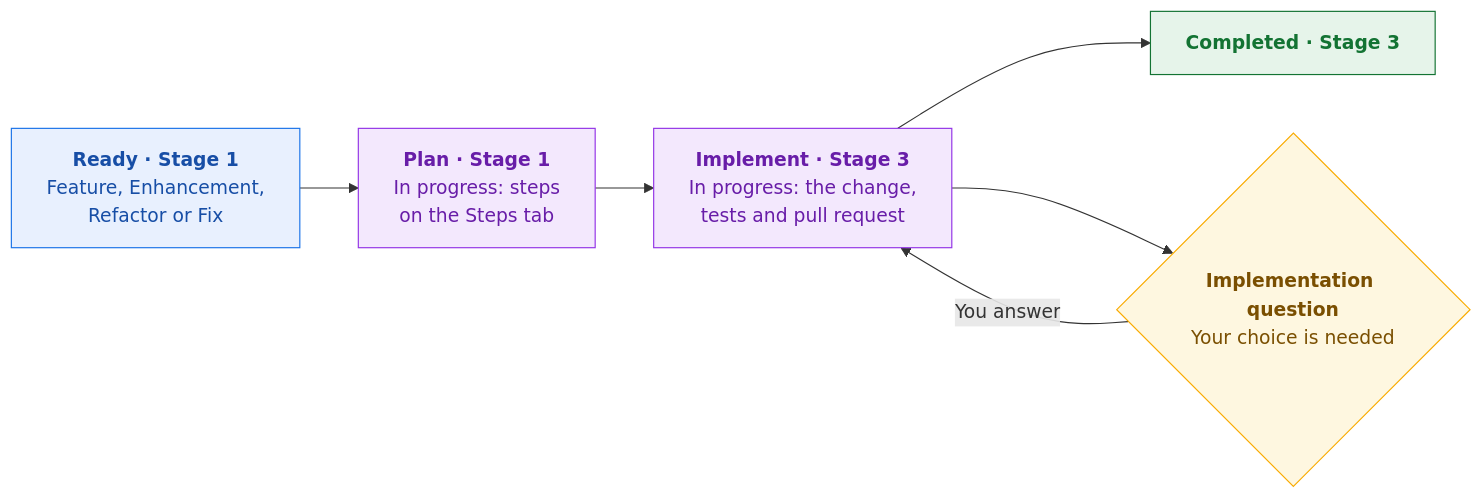
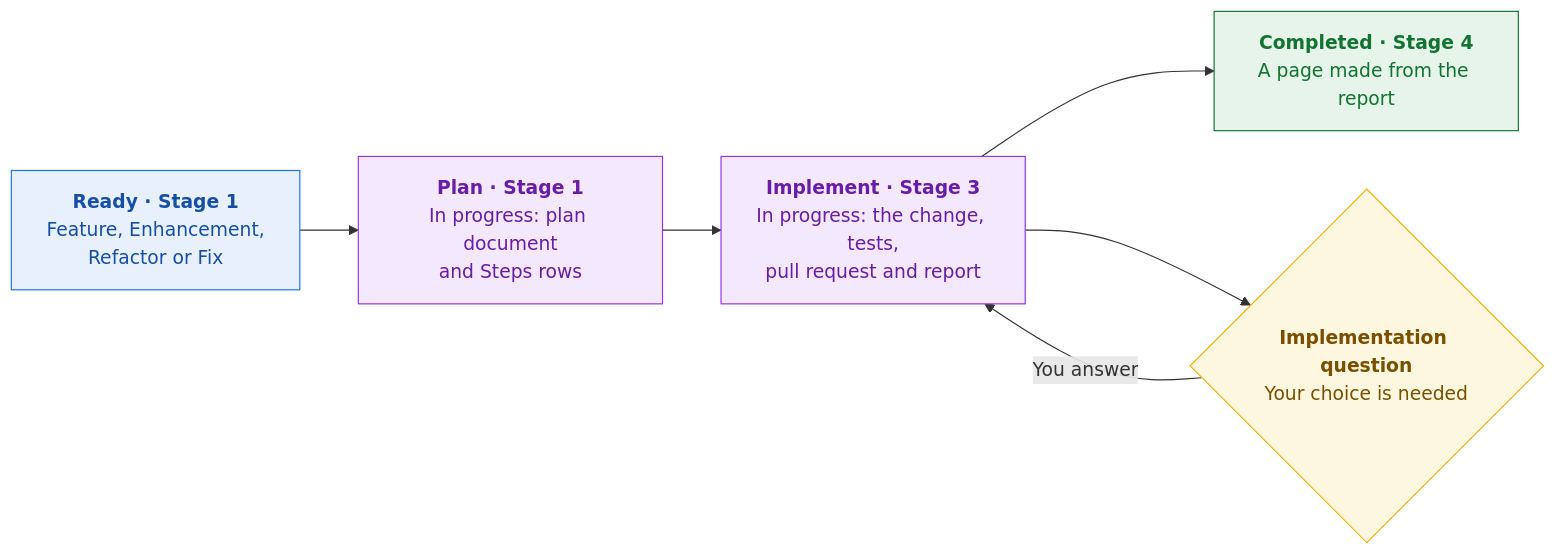
Before and after one commit to Welladino/Horology: the third of 3 diagrams in docs/runbook/setup/how-horology-works.md, drawn with Mermaid. The commit also changed other lines of this file and 23 other files, not shown here.

First line of the commit message:
Stage 1 document on every route; Implementation report and Stage 4 page (HOR-9, item 69)

````diff
--- a/docs/runbook/setup/how-horology-works.md
+++ b/docs/runbook/setup/how-horology-works.md
@@ -119,19 +119,19 @@
 ```mermaid
 flowchart LR
   readyi["<b>Ready · Stage 1</b><br/>Feature, Enhancement,<br/>Refactor or Fix"]
-  plani["<b>Plan · Stage 1</b><br/>In progress: steps<br/>on the Steps tab"]
-  buildi["<b>Implement · Stage 3</b><br/>In progress: the change,<br/>tests and pull request"]
+  plani["<b>Plan · Stage 1</b><br/>In progress: plan document<br/>and Steps rows"]
+  buildi["<b>Implement · Stage 3</b><br/>In progress: the change, tests,<br/>pull request and report"]
   questioni{"<b>Implementation question</b><br/>Your choice is needed"}
-  donei["<b>Completed · Stage 3</b>"]
+  donei["<b>Completed · Stage 4</b><br/>A page made from the report"]
   readyi --> plani --> buildi --> donei
   buildi --> questioni -->|You answer| buildi
 
   classDef selected fill:#e8f0fe,stroke:#1a73e8,color:#174ea6
   classDef agent fill:#f3e8fd,stroke:#9334e6,color:#681da8
   classDef review fill:#fef7e0,stroke:#f9ab00,color:#7a4f01
   classDef success fill:#e6f4ea,stroke:#137333,color:#137333
   class readyi selected
   class plani,buildi agent
   class questioni review
   class donei success
 ```
````
